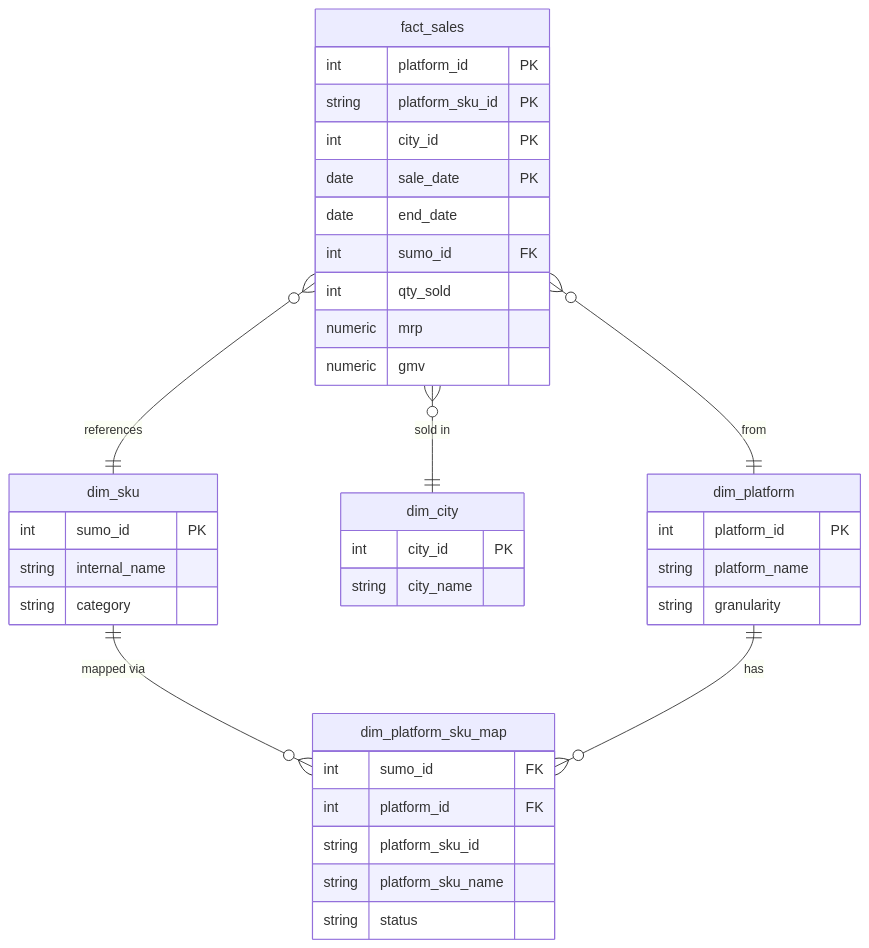
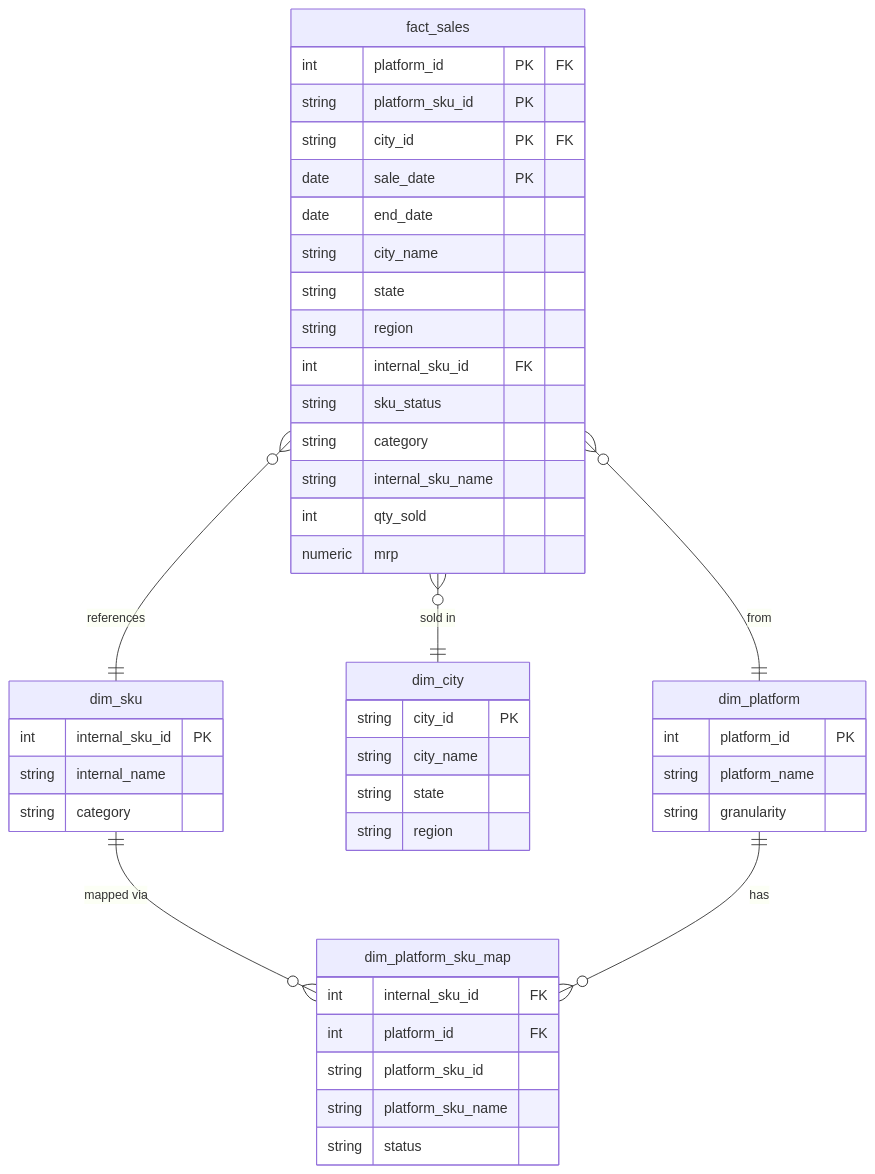
One commit to bishtakshay/Q-Commerce-Sales-Data-Pipeline-Jaldhara-Drinks changed the diagram in README.md. Above: the diagram before and after it, drawn with Mermaid. The commit also changed other lines of this file, not shown here.

````diff
--- a/README.md
+++ b/README.md
@@ -2,40 +37,47 @@
 ```mermaid
 erDiagram
   dim_sku {
-    int sumo_id PK
+    int internal_sku_id PK
     string internal_name
     string category
   }
   dim_city {
-    int city_id PK
+    string city_id PK
     string city_name
+    string state
+    string region
   }
   dim_platform {
     int platform_id PK
     string platform_name
     string granularity
   }
   dim_platform_sku_map {
-    int sumo_id FK
+    int internal_sku_id FK
     int platform_id FK
     string platform_sku_id
     string platform_sku_name
     string status
   }
   fact_sales {
-    int platform_id PK
+    int platform_id PK "FK"
     string platform_sku_id PK
-    int city_id PK
+    string city_id PK "FK"
     date sale_date PK
     date end_date
-    int sumo_id FK
+    string city_name
+    string state
+    string region
+    int internal_sku_id FK
+    string sku_status
+    string category
+    string internal_sku_name
     int qty_sold
     numeric mrp
-    numeric gmv
   }
   dim_sku ||--o{ dim_platform_sku_map : "mapped via"
   dim_platform ||--o{ dim_platform_sku_map : "has"
   fact_sales }o--|| dim_sku : "references"
   fact_sales }o--|| dim_city : "sold in"
   fact_sales }o--|| dim_platform : "from"
 ```
````
